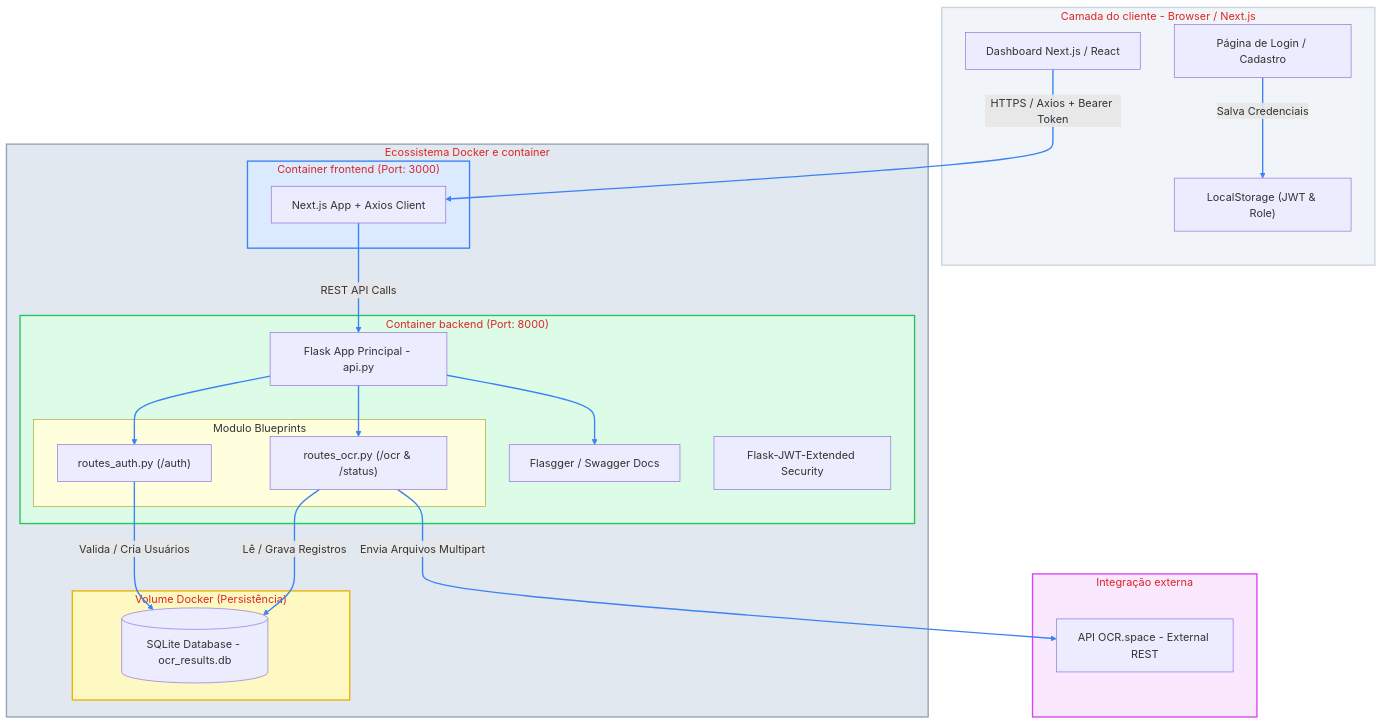
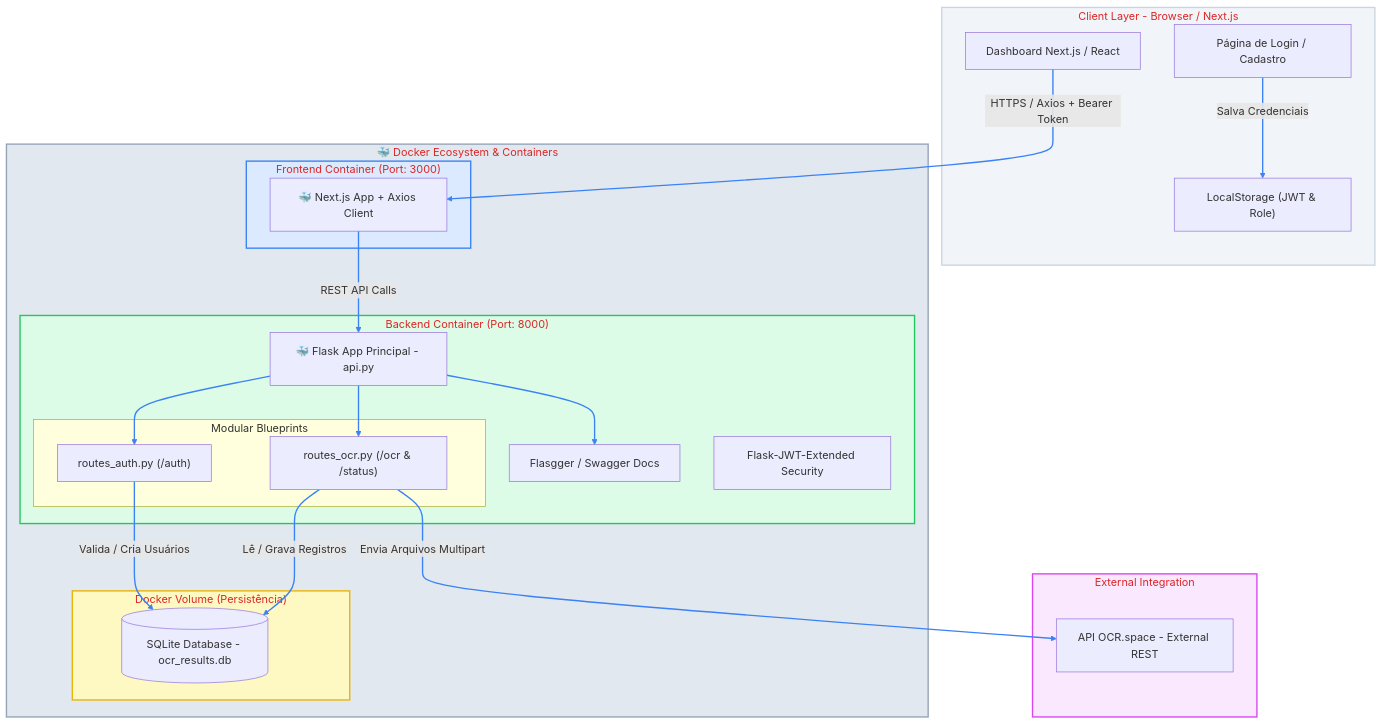
One commit to 7silasmelo7/frontendocr changed the diagram in README.md. Above: the diagram before and after it, drawn with Mermaid. The commit also changed 3 other files, not shown here.

````diff
--- a/README.md
+++ b/README.md
@@ -72,62 +72,62 @@
 ```mermaid
 graph TD
     %% Camada de Cliente / Frontend
-    subgraph Client ["Camada do cliente - Browser / Next.js"]
+    subgraph Client ["Client Layer - Browser / Next.js"]
         UI["Dashboard Next.js / React"]
         AuthUI["Página de Login / Cadastro"]
         Store["LocalStorage (JWT & Role)"]
     end
 
     %% Ecossistema Docker
-    subgraph Docker ["Ecossistema Docker e container"]
+    subgraph Docker ["🐳 Docker Ecosystem & Containers"]
         
-        subgraph FE_Container ["Container frontend (Port: 3000)"]
-            NextApp["Next.js App + Axios Client"]
+        subgraph FE_Container ["Frontend Container (Port: 3000)"]
+            NextApp["🐳 Next.js App + Axios Client"]
         end
 
-        subgraph BE_Container ["Container backend (Port: 8000)"]
-            FlaskCore["Flask App Principal - api.py"]
+        subgraph BE_Container ["Backend Container (Port: 8000)"]
+            FlaskCore["🐳 Flask App Principal - api.py"]
             SwaggerUI["Flasgger / Swagger Docs"]
             
-            subgraph Blueprints ["Modulo Blueprints"]
+            subgraph Blueprints ["Modular Blueprints"]
                 AuthBP["routes_auth.py (/auth)"]
                 OcrBP["routes_ocr.py (/ocr & /status)"]
             end
             
             JWT["Flask-JWT-Extended Security"]
         end
 
-        subgraph Volume ["Volume Docker (Persistência)"]
+        subgraph Volume ["Docker Volume (Persistência)"]
             DB[(SQLite Database - ocr_results.db)]
         end
     end
 
     %% Integração Externa
-    subgraph External ["Integração externa"]
+    subgraph External ["External Integration"]
         OCRAPI["API OCR.space - External REST"]
     end
 
     %% Conexões e Fluxos
     UI -->|HTTPS / Axios + Bearer Token| NextApp
     AuthUI -->|Salva Credenciais| Store
     NextApp -->|REST API Calls| FlaskCore
     
     FlaskCore --> AuthBP
     FlaskCore --> OcrBP
     FlaskCore --> SwaggerUI
     
     AuthBP -->|Valida / Cria Usuários| DB
     OcrBP -->|Lê / Grava Registros| DB
     OcrBP -->|Envia Arquivos Multipart| OCRAPI
 
-    %% Estilização aplicada (caixas e textos)
+    %% Estilização aplicada (caixas e textos em vermelho)
     style Client fill:#f1f5f9,stroke:#cbd5e1,stroke-width:2px,color:#dc2626
     style Docker fill:#e2e8f0,stroke:#94a3b8,stroke-width:2px,color:#dc2626
     style FE_Container fill:#dbeafe,stroke:#3b82f6,stroke-width:2px,color:#dc2626
     style BE_Container fill:#dcfce7,stroke:#22c55e,stroke-width:2px,color:#dc2626
     style Volume fill:#fef9c3,stroke:#eab308,stroke-width:2px,color:#dc2626
     style External fill:#fae8ff,stroke:#d946ef,stroke-width:2px,color:#dc2626
 
     %% Estilização das setas (Azul)
     linkStyle 0,1,2,3,4,5,6,7,8 stroke:#3b82f6,stroke-width:2px;
 ```
````
